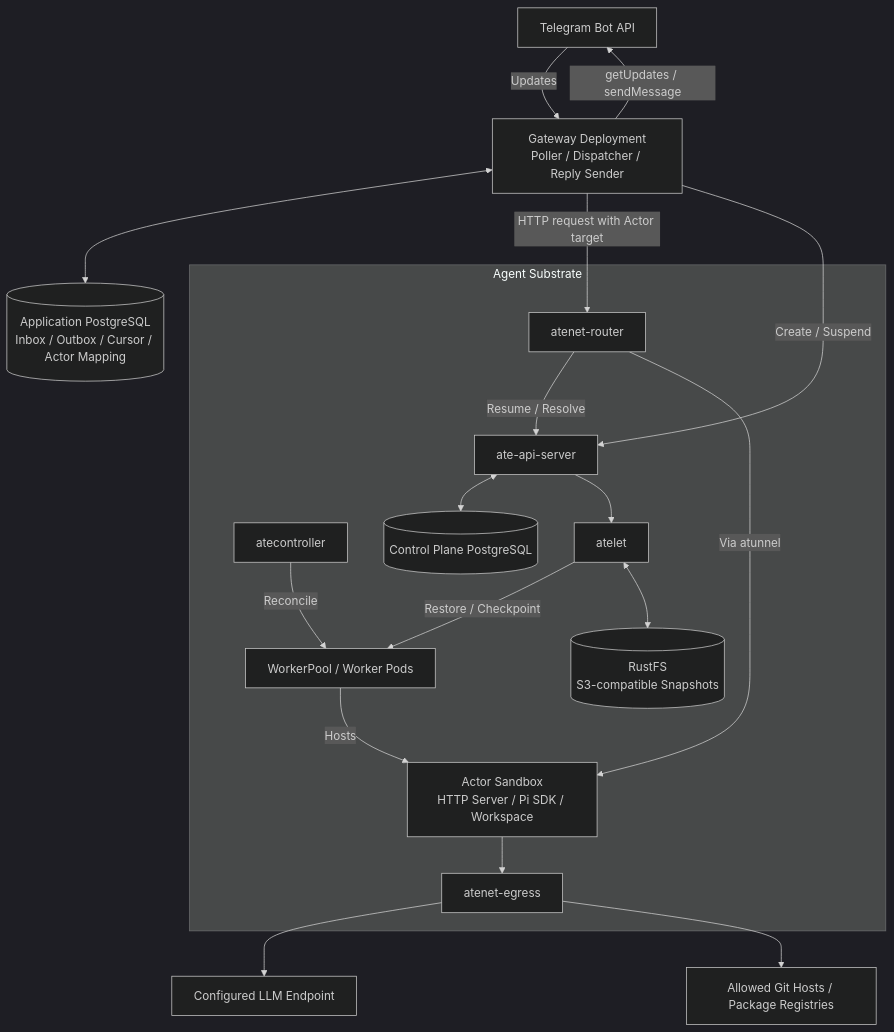
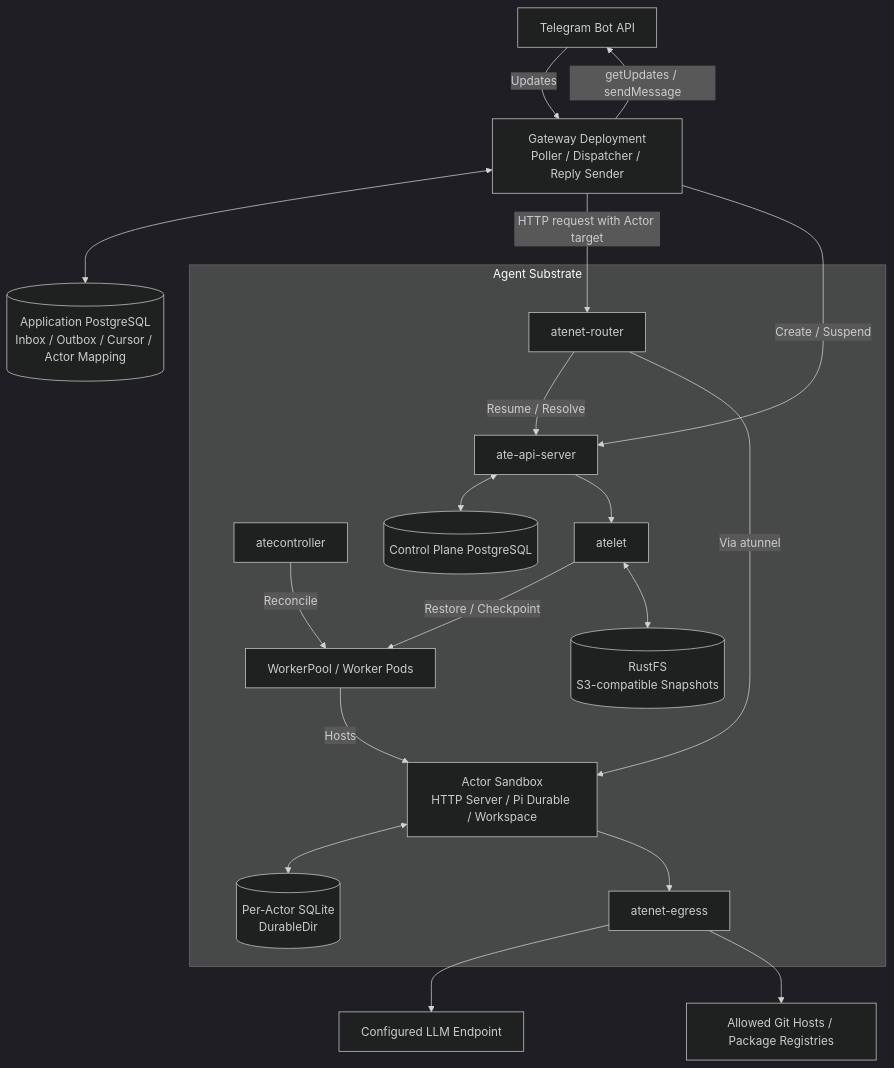
Before and after one commit to narumiruna/pi-agent-substrate-telegram-example: the diagram in docs/architecture.md, drawn with Mermaid (dark theme). The commit also changed other lines of this file, not shown here.

Commit message:
docs: use Pi Durable with per-actor SQLite storage

````diff
--- a/docs/architecture.md
+++ b/docs/architecture.md
@@ -26,37 +28,39 @@
 ```mermaid
 flowchart TB
     TG["Telegram Bot API"]
     GW["Gateway Deployment<br/>Poller / Dispatcher / Reply Sender"]
     APPDB[("Application PostgreSQL<br/>Inbox / Outbox / Cursor / Actor Mapping")]
 
     GW -->|getUpdates / sendMessage| TG
     TG -->|Updates| GW
     GW <--> APPDB
 
     subgraph Substrate["Agent Substrate"]
         ROUTER["atenet-router"]
         API["ate-api-server"]
         CONTROLLER["atecontroller"]
         ATELET["atelet"]
         WORKER["WorkerPool / Worker Pods"]
-        ACTOR["Actor Sandbox<br/>HTTP Server / Pi SDK / Workspace"]
+        ACTOR["Actor Sandbox<br/>HTTP Server / Pi Durable / Workspace"]
+        SQLITE[("Per-Actor SQLite<br/>DurableDir")]
         EGRESS["atenet-egress"]
         STATEDB[("Control Plane PostgreSQL")]
         STORAGE[("RustFS<br/>S3-compatible Snapshots")]
 
         ROUTER -->|Resume / Resolve| API
         API <--> STATEDB
         API --> ATELET
         ATELET -->|Restore / Checkpoint| WORKER
         ATELET <--> STORAGE
         CONTROLLER -->|Reconcile| WORKER
         WORKER -->|Hosts| ACTOR
         ROUTER -->|Via atunnel| ACTOR
+        ACTOR <--> SQLITE
         ACTOR --> EGRESS
     end
 
     GW -->|HTTP request with Actor target| ROUTER
     GW -->|Create / Suspend| API
     EGRESS --> LLM["Configured LLM Endpoint"]
     EGRESS --> DEV["Allowed Git Hosts / Package Registries"]
 ```
````
